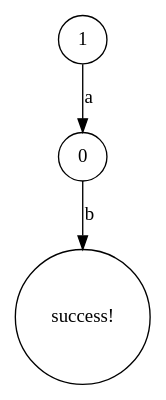
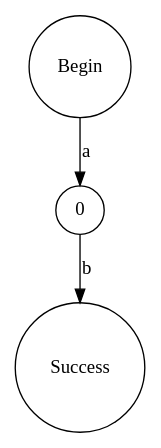
Before and after one commit to ayanamists/MyRegEngine: the diagram in MyRegEngine/bin/Debug/netcoreapp3.1/TestCase1.dot, drawn with Graphviz. The commit also changed 26 other files, not shown here.

```diff
--- a/MyRegEngine/bin/Debug/netcoreapp3.1/TestCase1.dot
+++ b/MyRegEngine/bin/Debug/netcoreapp3.1/TestCase1.dot
@@ -1,1 +1,1 @@
-digraph TestCase1 { 0 [shape=circle,label="0"]; 1 [shape=circle,label="1"]; success [shape=circle,label="success!"]; 0 -> success[label="b"]; 1 -> 0[label="a"]; }
+digraph TestCase1 { 0 [shape=circle,label="0"]; 1 [shape=circle,label="Begin"]; 2 [shape=circle,label="Success"]; 0 -> 2[label="b"]; 1 -> 0[label="a"]; }
```
